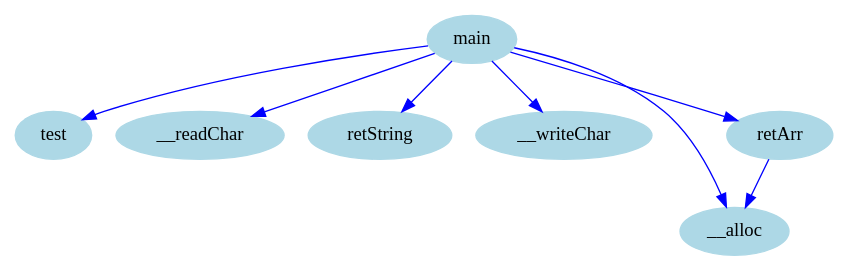
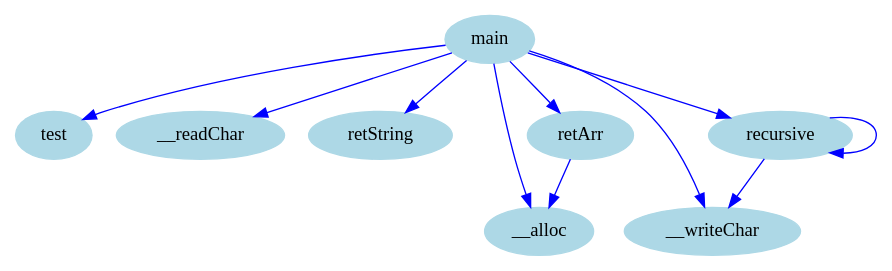
The diagram in outputs/cfg/cg.dot (zavar152-cv/myLang-oop-compiler), drawn with Graphviz before and after one commit. The commit also changed 10 other files, not shown here.

```diff
--- a/outputs/cfg/cg.dot
+++ b/outputs/cfg/cg.dot
@@ -1,19 +1,23 @@
 digraph CallGraph {
     node [shape=ellipse, style=filled, color=lightblue];
 
     "test";
     "__readChar";
     "retString";
-    "__writeChar";
     "main";
     "__alloc";
     "retArr";
+    "__writeChar";
+    "recursive";
 
+    "main" -> "recursive" [color=blue];
     "main" -> "retArr" [color=blue];
     "main" -> "__alloc" [color=blue];
     "main" -> "test" [color=blue];
     "main" -> "__readChar" [color=blue];
     "main" -> "retString" [color=blue];
     "main" -> "__writeChar" [color=blue];
     "retArr" -> "__alloc" [color=blue];
+    "recursive" -> "recursive" [color=blue];
+    "recursive" -> "__writeChar" [color=blue];
 }
```
